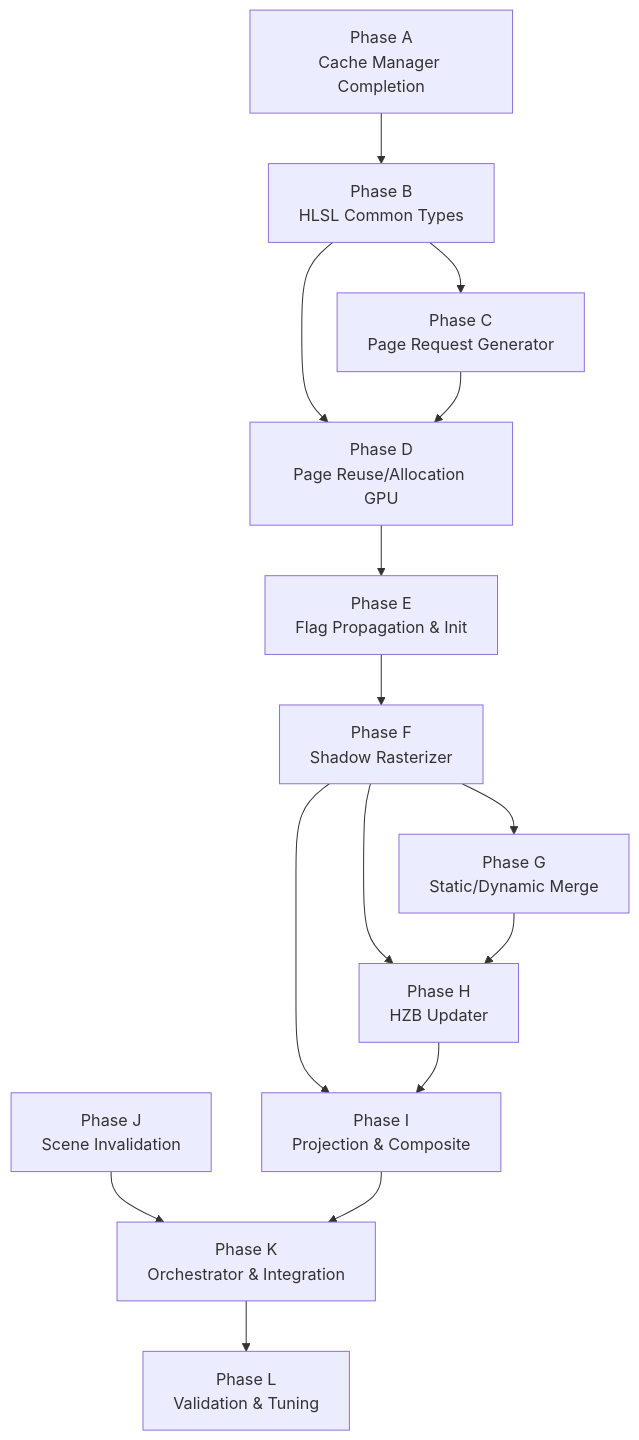
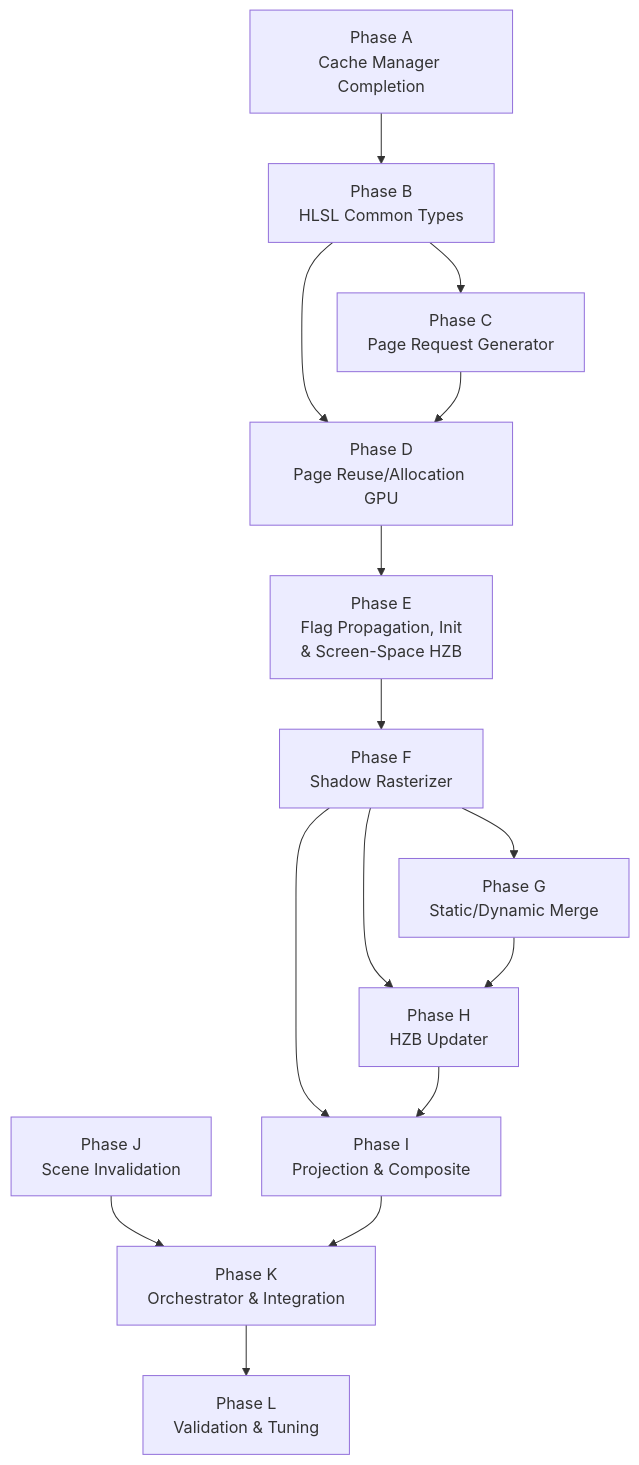
Before and after one commit to abdes/DroidNet: the diagram in projects/Oxygen.Engine/design/VsmImplementationPlan.md, drawn with Mermaid. The commit also changed other lines of this file and 15 other files, not shown here.

First line of the commit message:
feat(vsm): add gpu passes for flag propagation and init

````diff
--- a/projects/Oxygen.Engine/design/VsmImplementationPlan.md
+++ b/projects/Oxygen.Engine/design/VsmImplementationPlan.md
@@ -416,17 +452,17 @@
 ```mermaid
 flowchart TD
     A["Phase A<br>Cache Manager Completion"] --> B["Phase B<br>HLSL Common Types"]
     B --> C["Phase C<br>Page Request Generator"]
     B --> D["Phase D<br>Page Reuse/Allocation GPU"]
     C --> D
-    D --> E["Phase E<br>Flag Propagation & Init"]
+    D --> E["Phase E<br>Flag Propagation, Init<br>& Screen-Space HZB"]
     E --> F["Phase F<br>Shadow Rasterizer"]
     F --> G["Phase G<br>Static/Dynamic Merge"]
     F --> H["Phase H<br>HZB Updater"]
     G --> H
     F --> I["Phase I<br>Projection & Composite"]
     H --> I
     J["Phase J<br>Scene Invalidation"] --> K
     I --> K["Phase K<br>Orchestrator & Integration"]
     K --> L["Phase L<br>Validation & Tuning"]
 ```
````
